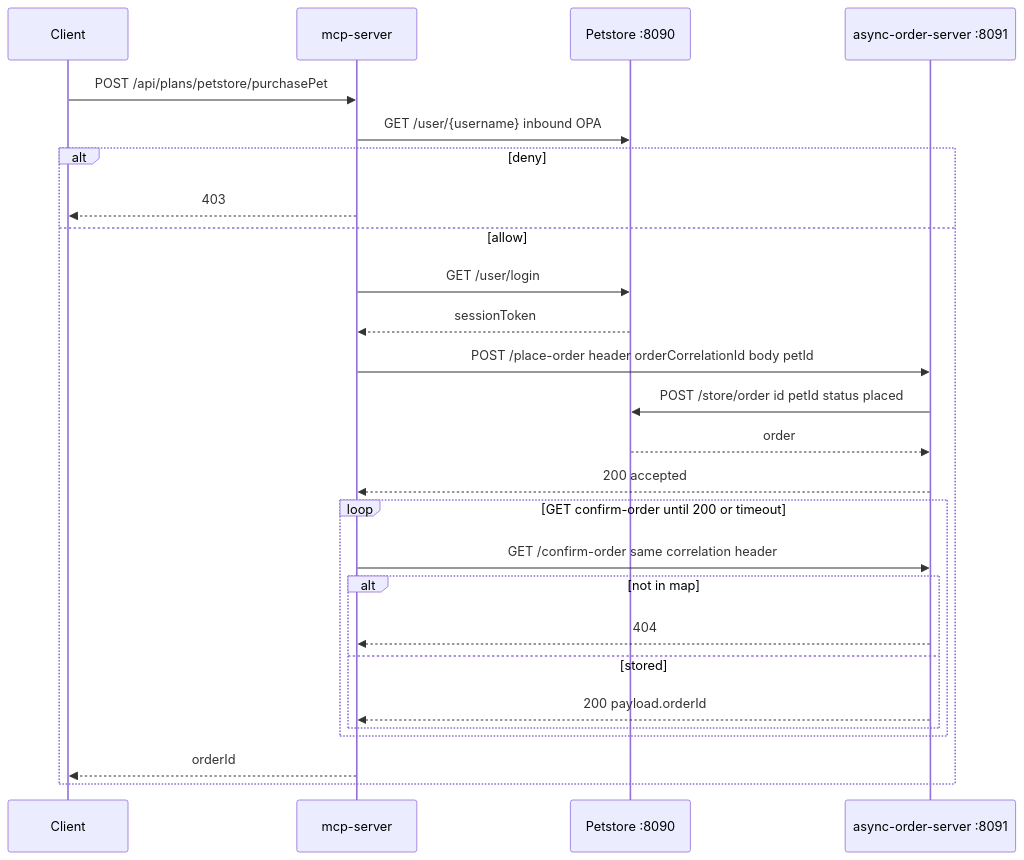
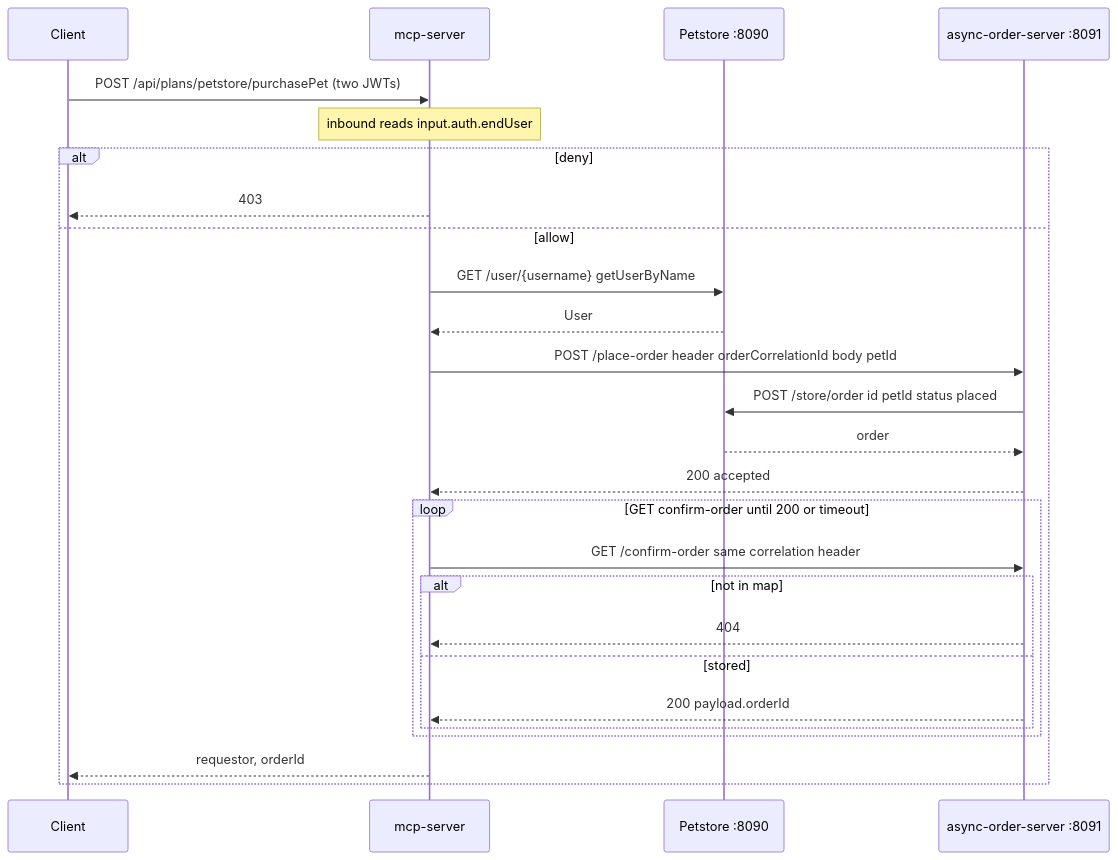
The sixth of 9 diagrams in examples/petstore/README.md (mevansam/context-mesh-engine), drawn with Mermaid before and after one commit. The commit also changed other lines of this file and 30 other files, not shown here.

````diff
--- a/examples/petstore/README.md
+++ b/examples/petstore/README.md
@@ -289,29 +325,29 @@
 ```mermaid
 sequenceDiagram
   participant C as Client
   participant H as mcp-server
   participant P as Petstore :8090
   participant A as async-order-server :8091
 
-  C->>H: POST /api/plans/petstore/purchasePet
-  H->>P: GET /user/{username} inbound OPA
+  C->>H: POST /api/plans/petstore/purchasePet (two JWTs)
+  Note over H: inbound reads input.auth.endUser
   alt deny
     H-->>C: 403
   else allow
-    H->>P: GET /user/login
-    P-->>H: sessionToken
+    H->>P: GET /user/{username} getUserByName
+    P-->>H: User
     H->>A: POST /place-order header orderCorrelationId body petId
     A->>P: POST /store/order id petId status placed
     P-->>A: order
     A-->>H: 200 accepted
     loop GET confirm-order until 200 or timeout
       H->>A: GET /confirm-order same correlation header
       alt not in map
         A-->>H: 404
       else stored
         A-->>H: 200 payload.orderId
       end
     end
-    H-->>C: orderId
+    H-->>C: requestor, orderId
   end
 ```
````
